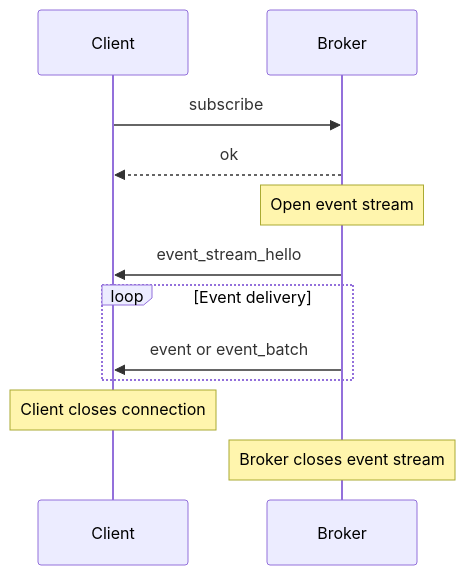
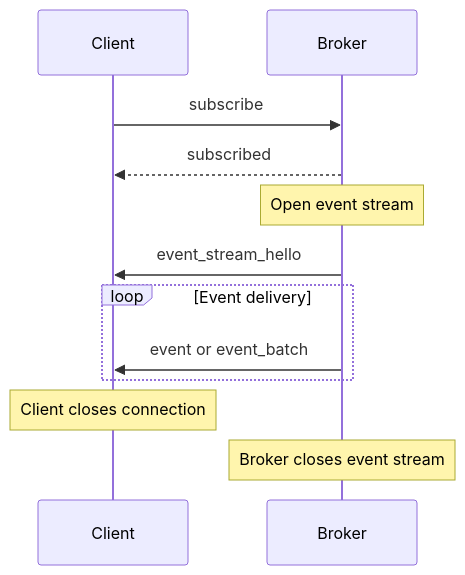
The second of 2 diagrams in docs-site/src/content/docs/api/broker-api.md (GetFelix/felix), drawn with Mermaid before and after one commit. The commit also changed other lines of this file, not shown here.

````diff
--- a/docs-site/src/content/docs/api/broker-api.md
+++ b/docs-site/src/content/docs/api/broker-api.md
@@ -379,15 +364,15 @@
 ```mermaid
 sequenceDiagram
     participant C as Client
     participant B as Broker
     
     C->>B: subscribe
-    B-->>C: ok
+    B-->>C: subscribed
     Note over B: Open event stream
     B->>C: event_stream_hello
     loop Event delivery
         B->>C: event or event_batch
     end
     Note over C: Client closes connection
     Note over B: Broker closes event stream
 ```
````
